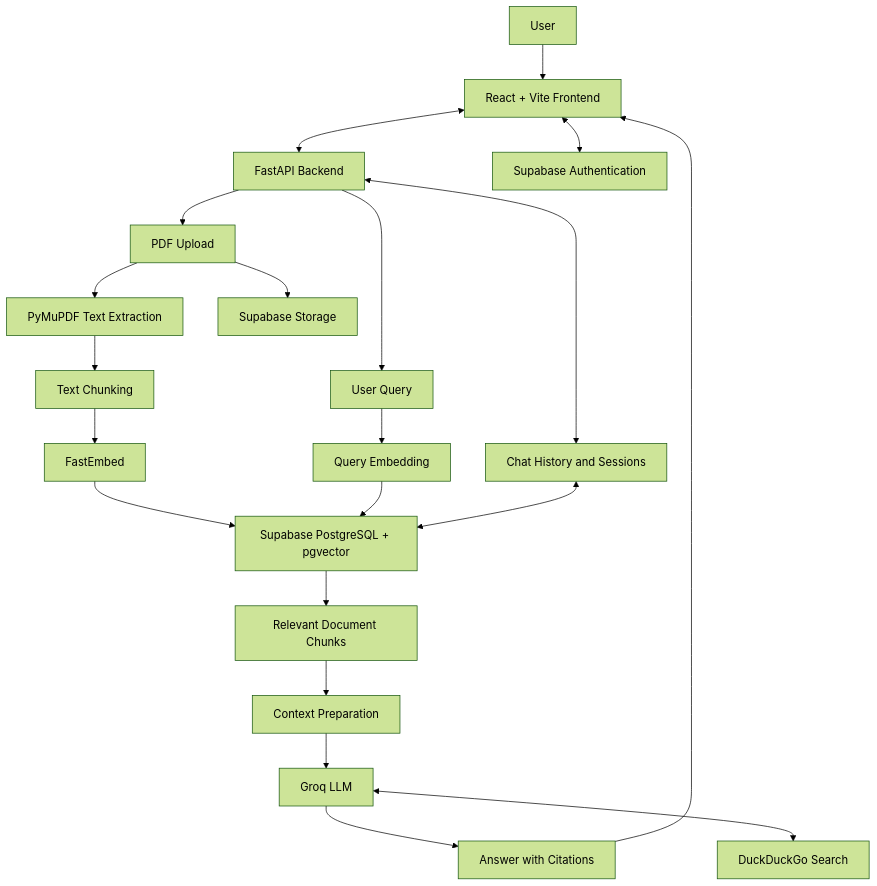
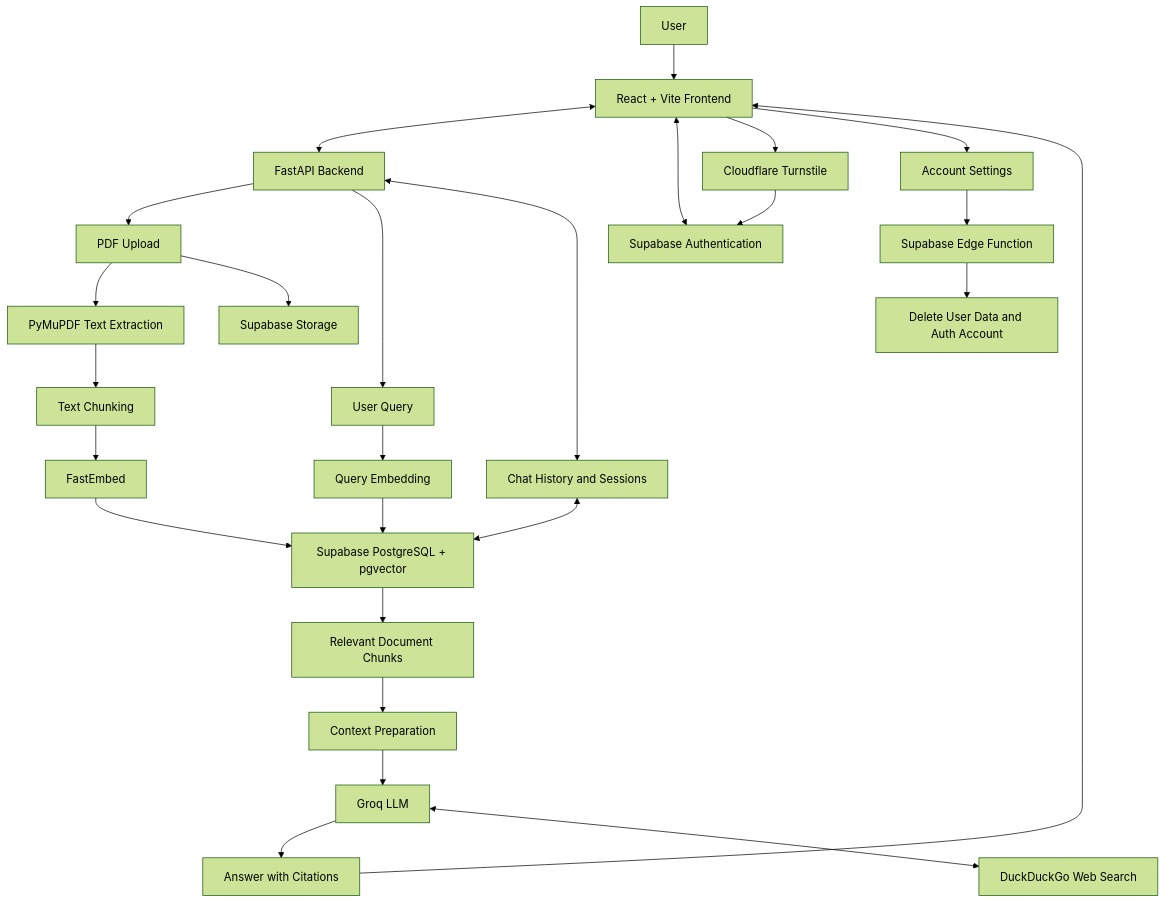
Before and after one commit to Vaishnavi304-MIT/PDF_RAG: the diagram in README.md, drawn with Mermaid (forest theme). The commit also changed other lines of this file and 10 other files, not shown here.

````diff
--- a/README.md
+++ b/README.md
@@ -23,26 +25,35 @@
 ```mermaid
 flowchart TD
     A[User] --> B[React + Vite Frontend]
+
     B <--> C[FastAPI Backend]
     B <--> D[Supabase Authentication]
 
-    C --> E[PDF Upload]
-    E --> F[PyMuPDF Text Extraction]
-    F --> G[Text Chunking]
-    G --> H[FastEmbed]
-    H --> I[Supabase PostgreSQL + pgvector]
-    E --> J[Supabase Storage]
+    B --> E[Cloudflare Turnstile]
+    E --> D
 
-    C --> K[User Query]
-    K --> L[Query Embedding]
-    L --> I
-    I --> M[Relevant Document Chunks]
-    M --> N[Context Preparation]
-    N --> O[Groq LLM]
-    O --> P[Answer with Citations]
-    P --> B
+    C --> F[PDF Upload]
+    F --> G[PyMuPDF Text Extraction]
+    G --> H[Text Chunking]
+    H --> I[FastEmbed]
+    I --> J[Supabase PostgreSQL + pgvector]
+    F --> K[Supabase Storage]
 
-    O <--> Q[DuckDuckGo Search]
-    C <--> R[Chat History and Sessions]
-    R <--> I
+    C --> L[User Query]
+    L --> M[Query Embedding]
+    M --> J
+    J --> N[Relevant Document Chunks]
+    N --> O[Context Preparation]
+    O --> P[Groq LLM]
+    P --> Q[Answer with Citations]
+    Q --> B
+
+    P <--> R[DuckDuckGo Web Search]
+
+    C <--> S[Chat History and Sessions]
+    S <--> J
+
+    B --> T[Account Settings]
+    T --> U[Supabase Edge Function]
+    U --> V[Delete User Data and Auth Account]
 ```
````
